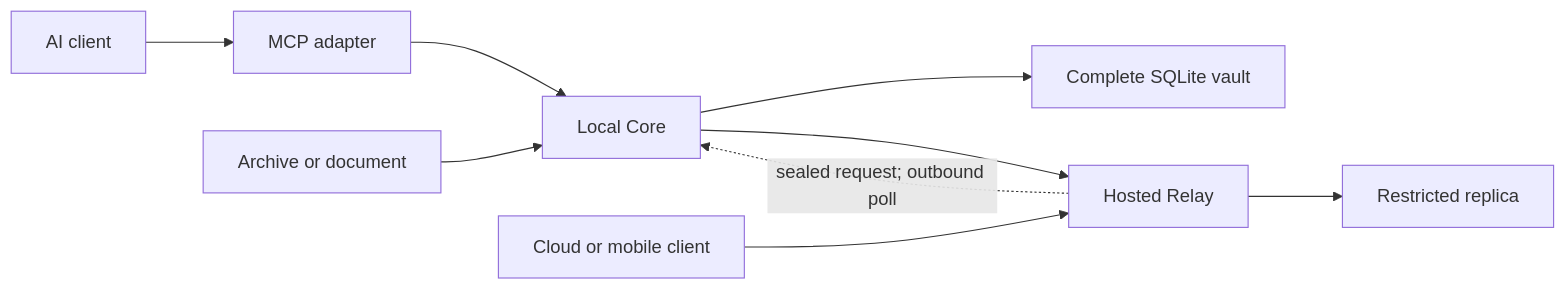
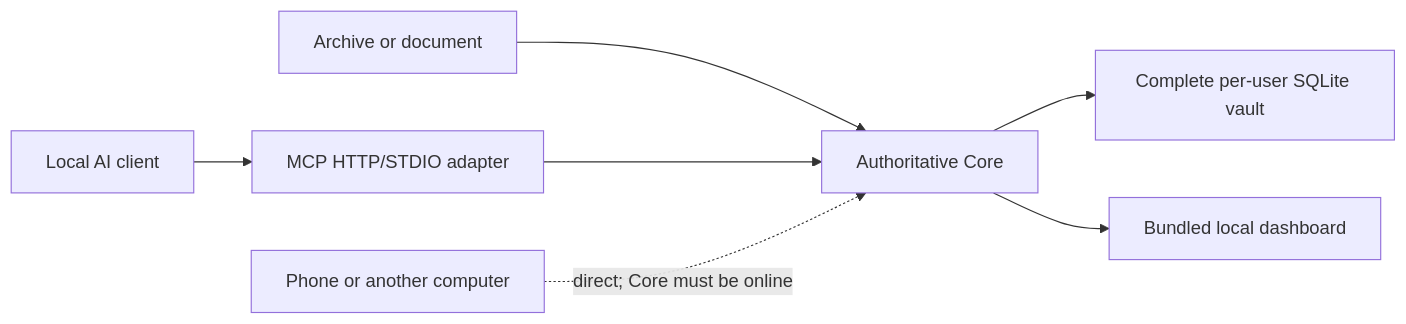
Before and after one commit to Martian-ux/All-The-Context: the diagram in docs/architecture/ARCHITECTURE.md, drawn with Mermaid. The commit also changed other lines of this file and 50 other files, not shown here.

Commit message:
Pivot V1 to a single authoritative Core

````diff
--- a/docs/architecture/ARCHITECTURE.md
+++ b/docs/architecture/ARCHITECTURE.md
@@ -22,11 +20,9 @@
 ```mermaid
 flowchart LR
-  AI["AI client"] --> MCP["MCP adapter"]
-  MCP --> Core["Local Core"]
-  Import["Archive or document"] --> Core
-  Core --> CoreDB["Complete SQLite vault"]
-  Core --> Relay["Hosted Relay"]
-  Relay -. "sealed request; outbound poll" .-> Core
-  Relay --> RelayDB["Restricted replica"]
-  Cloud["Cloud or mobile client"] --> Relay
+  Import["Archive or document"] --> Core["Authoritative Core"]
+  LocalAI["Local AI client"] --> Adapter["MCP HTTP/STDIO adapter"]
+  Adapter --> Core
+  Mobile["Phone or another computer"] -. "direct; Core must be online" .-> Core
+  Core --> DB["Complete per-user SQLite vault"]
+  Core --> UI["Bundled local dashboard"]
 ```
````
